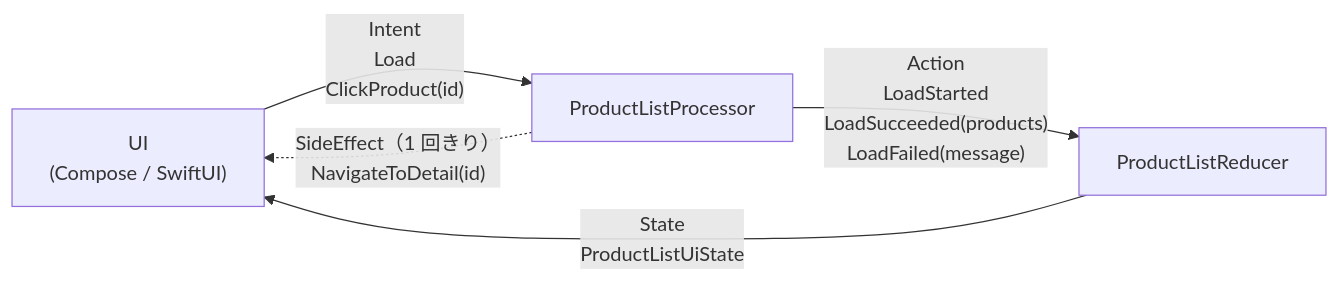
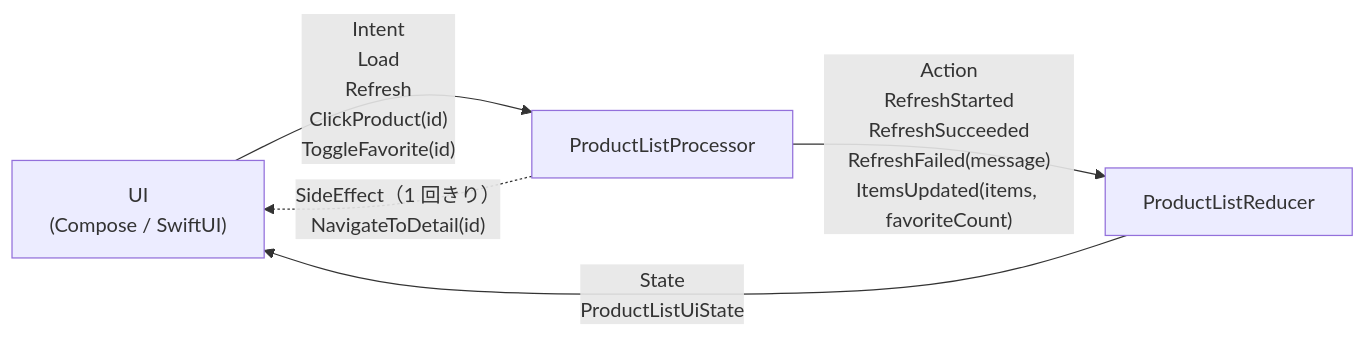
The diagram in shared/src/commonMain/kotlin/com/example/mykmp/presentation/productlist/ProductList.md (kuki1582/MyKmp), drawn with Mermaid before and after one commit. The commit also changed other lines of this file and 29 other files, not shown here.

First line of the commit message:
Combine product and favorite use case flows in the processor

````diff
--- a/shared/src/commonMain/kotlin/com/example/mykmp/presentation/productlist/ProductList.md
+++ b/shared/src/commonMain/kotlin/com/example/mykmp/presentation/productlist/ProductList.md
@@ -9,11 +9,11 @@
 ```mermaid
 flowchart LR
     UI["UI<br/>(Compose / SwiftUI)"]
     Processor["ProductListProcessor"]
     Reducer["ProductListReducer"]
 
-    UI -- "Intent<br/>Load<br/>ClickProduct(id)" --> Processor
-    Processor -- "Action<br/>LoadStarted<br/>LoadSucceeded(products)<br/>LoadFailed(message)" --> Reducer
+    UI -- "Intent<br/>Load<br/>Refresh<br/>ClickProduct(id)<br/>ToggleFavorite(id)" --> Processor
+    Processor -- "Action<br/>RefreshStarted<br/>RefreshSucceeded<br/>RefreshFailed(message)<br/>ItemsUpdated(items, favoriteCount)" --> Reducer
     Reducer -- "State<br/>ProductListUiState" --> UI
     Processor -. "SideEffect（1 回きり）<br/>NavigateToDetail(id)" .-> UI
 ```
````
